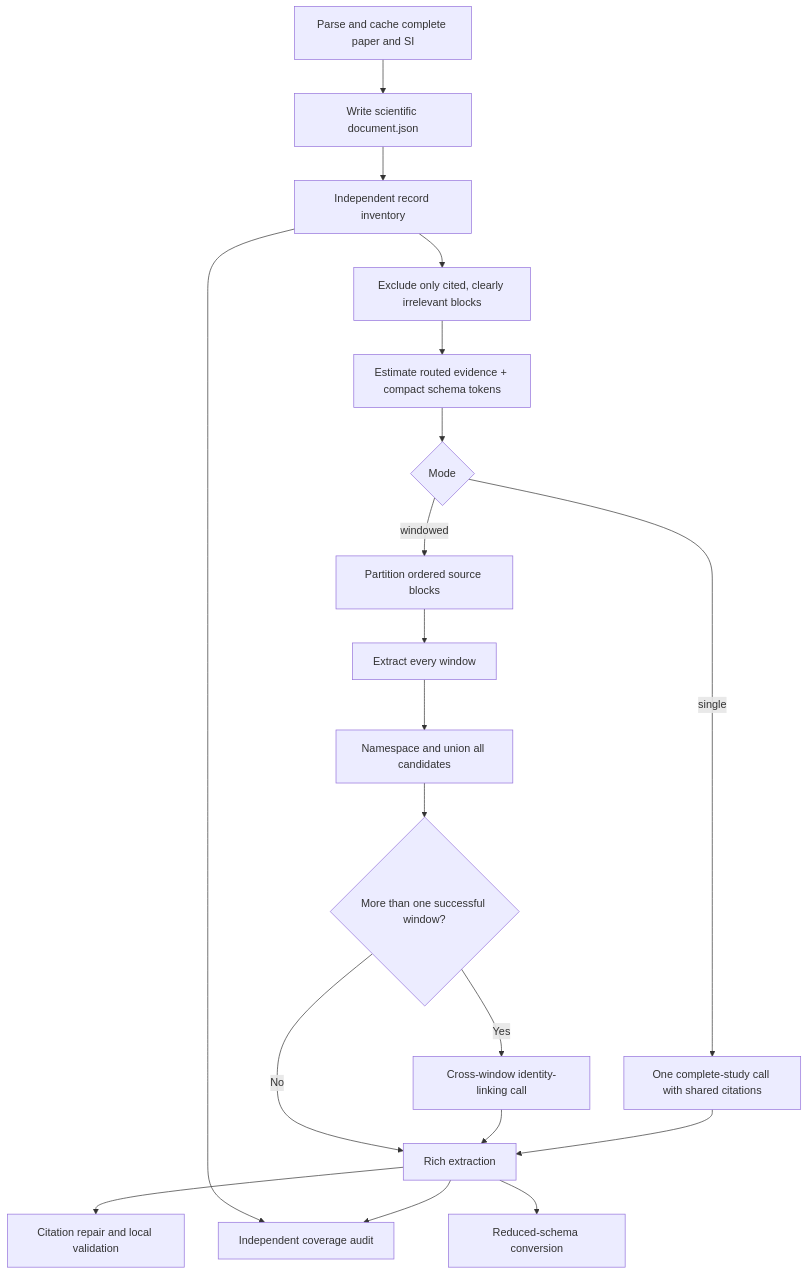
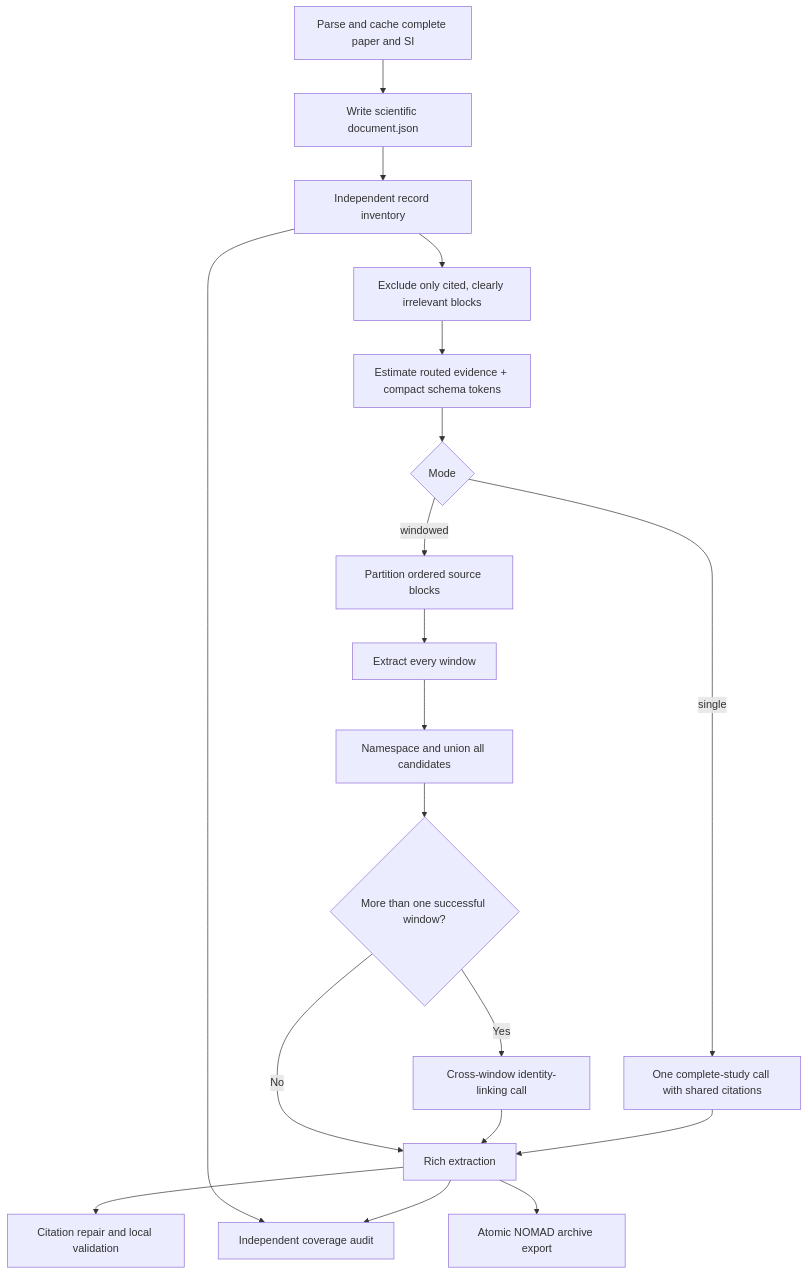
One commit to lamalab-org/perla-extract changed the diagram in docs/workflows/extraction.md. Above: the diagram before and after it, drawn with Mermaid. The commit also changed other lines of this file and 20 other files, not shown here.

Commit message:
feat: export atomic records directly to NOMAD

````diff
--- a/docs/workflows/extraction.md
+++ b/docs/workflows/extraction.md
@@ -11,21 +11,21 @@
 ```mermaid
 flowchart TD
     A["Parse and cache complete paper and SI"] --> B["Write scientific document.json"]
     B --> C0["Independent record inventory"]
     C0 --> C1["Exclude only cited, clearly irrelevant blocks"]
     C1 --> C["Estimate routed evidence + compact schema tokens"]
     C --> D{"Mode"}
     D -->|single| E["One complete-study call with shared citations"]
     D -->|windowed| F["Partition ordered source blocks"]
     F --> G["Extract every window"]
     G --> H["Namespace and union all candidates"]
     H --> I{"More than one successful window?"}
     I -->|Yes| J["Cross-window identity-linking call"]
     I -->|No| K["Rich extraction"]
     J --> K
     E --> K
     K --> L["Citation repair and local validation"]
     C0 --> N["Independent coverage audit"]
     K --> N
-    K --> M["Reduced-schema conversion"]
+    K --> M["Atomic NOMAD archive export"]
 ```
````
